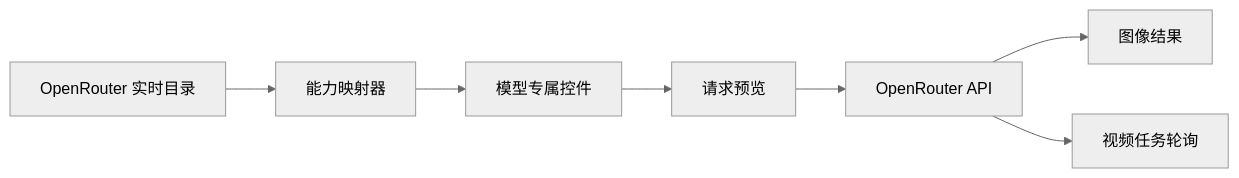
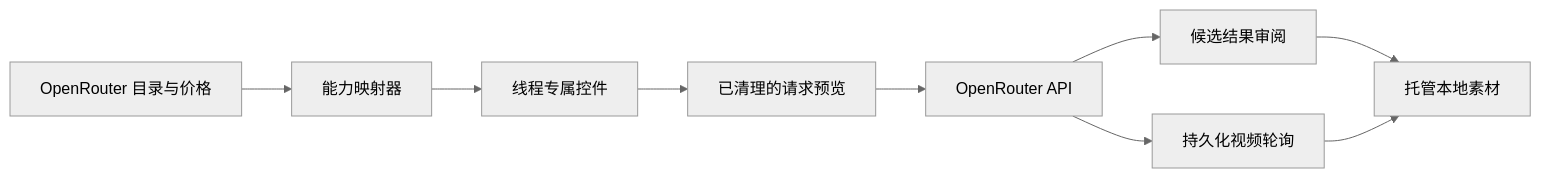
Before and after one commit to jbaehova/fruit-truck: the diagram in docs/i18n/README.zh-CN.md, drawn with Mermaid (neutral theme). The commit also changed other lines of this file and 48 other files, not shown here.

````diff
--- a/docs/i18n/README.zh-CN.md
+++ b/docs/i18n/README.zh-CN.md
@@ -55,9 +63,11 @@
 ```mermaid
 flowchart LR
-    A[OpenRouter 实时目录] --> B[能力映射器]
-    B --> C[模型专属控件]
-    C --> D[请求预览]
+    A[OpenRouter 目录与价格] --> B[能力映射器]
+    B --> C[线程专属控件]
+    C --> D[已清理的请求预览]
     D --> E[OpenRouter API]
-    E --> F[图像结果]
-    E --> G[视频任务轮询]
+    E --> F[候选结果审阅]
+    E --> G[持久化视频轮询]
+    F --> H[托管本地素材]
+    G --> H
 ```
````
